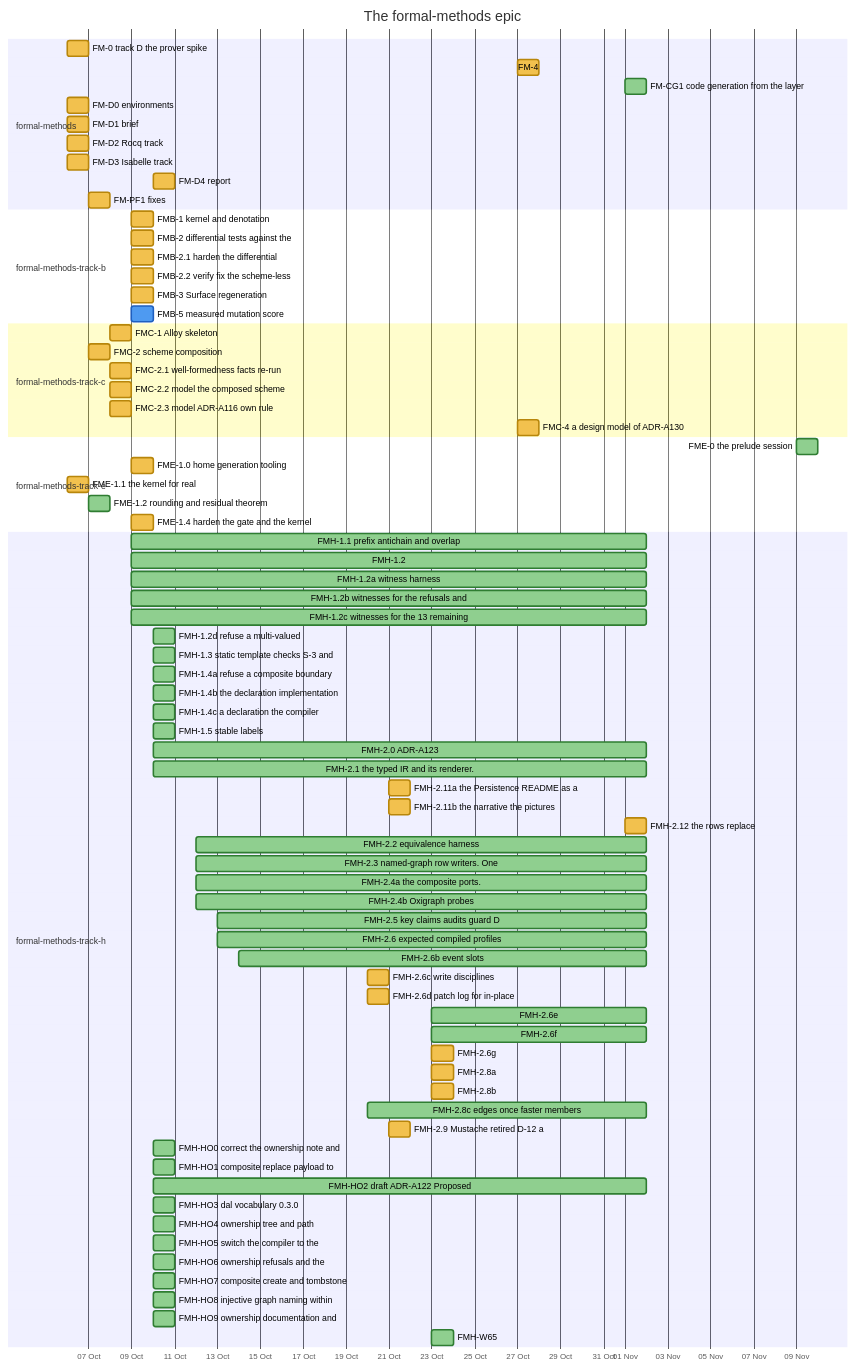
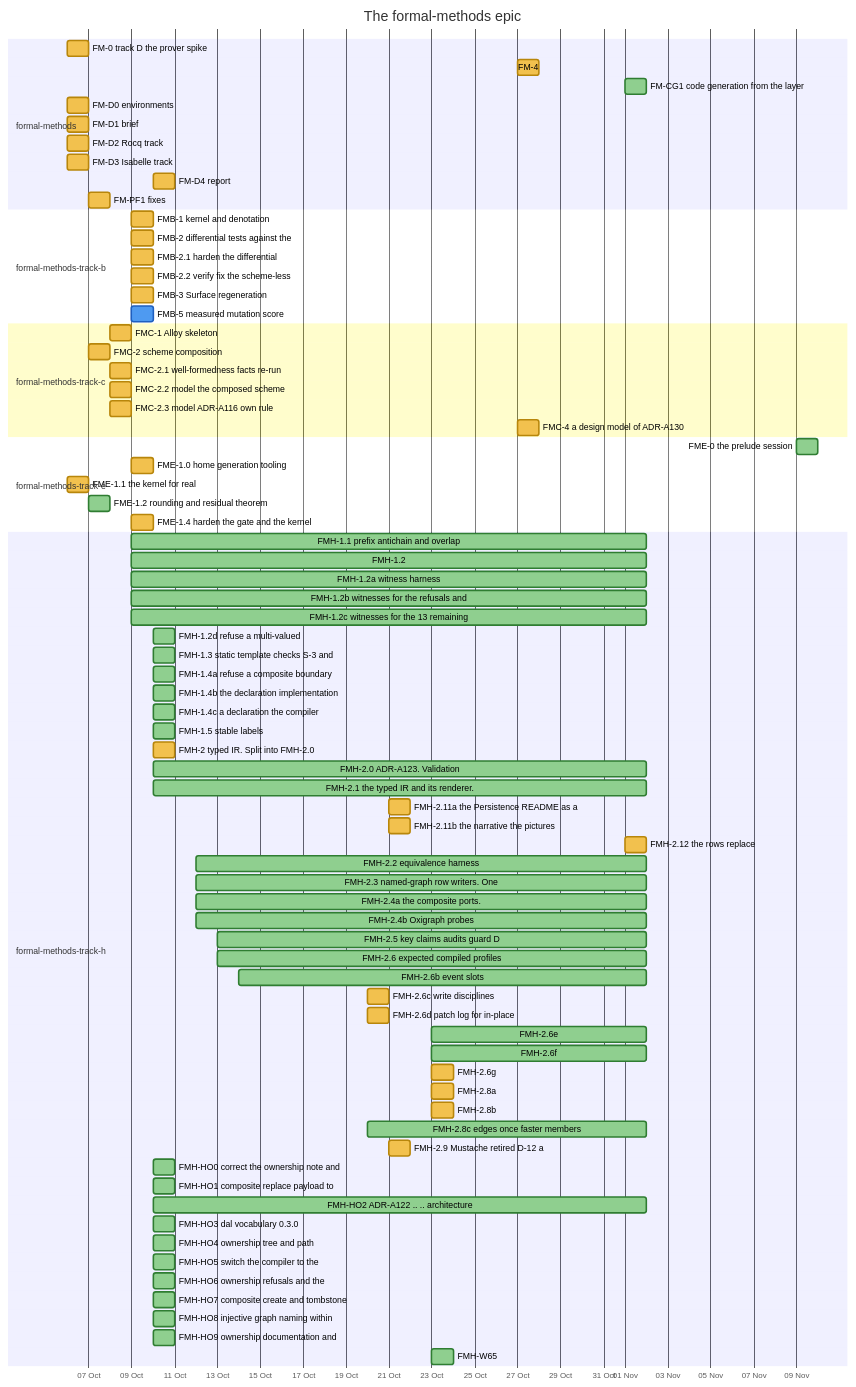
Before and after one commit to nebularis/lattice: the third of 32 diagrams in docs/developer/ROADMAP.md, drawn with Mermaid. The commit also changed other lines of this file, not shown here.

First line of the commit message:
[studio-visual-authoring] Refresh the roadmap's generated sections after SVA-P1b

````diff
--- a/docs/developer/ROADMAP.md
+++ b/docs/developer/ROADMAP.md
@@ -115,81 +115,82 @@
 ```mermaid
 %%{init: {"themeVariables": {"taskBkgColor": "#f2c14e", "taskBorderColor": "#b8860b", "taskTextColor": "#000000", "activeTaskBkgColor": "#4e9af1", "activeTaskBorderColor": "#1f5fbf", "activeTaskBorderColor": "#1f5fbf", "doneTaskBkgColor": "#8fcf8f", "doneTaskBorderColor": "#2f7d32", "critBkgColor": "#f28b82", "critBorderColor": "#b23a30", "taskTextDarkColor": "#000000", "taskTextLightColor": "#000000"}}}%%
 gantt
     title The formal-methods epic
     dateFormat YYYY-MM-DD
     axisFormat %d %b
     section formal-methods
     FM-0 track D the prover spike :fm0, 2026-10-06, 2026-10-07
     FM-4 :fm4, 2026-10-27, 2026-10-28
     FM-CG1 code generation from the layer :done, fmcg1, 2026-11-01, 2026-11-02
     FM-D0 environments :fmd0, 2026-10-06, 2026-10-07
     FM-D1 brief :fmd1, 2026-10-06, 2026-10-07
     FM-D2 Rocq track :fmd2, 2026-10-06, 2026-10-07
     FM-D3 Isabelle track :fmd3, 2026-10-06, 2026-10-07
     FM-D4 report :fmd4, 2026-10-10, 2026-10-11
     FM-PF1 fixes :fmpf1, 2026-10-07, 2026-10-08
     section formal-methods-track-b
     FMB-1 kernel and denotation :fmb1, 2026-10-09, 2026-10-10
     FMB-2 differential tests against the :fmb2, 2026-10-09, 2026-10-10
     FMB-2.1 harden the differential :fmb21, 2026-10-09, 2026-10-10
     FMB-2.2 verify fix the scheme-less :fmb22, 2026-10-09, 2026-10-10
     FMB-3 Surface regeneration :fmb3, 2026-10-09, 2026-10-10
     FMB-5 measured mutation score :active, fmb5, 2026-10-09, 2026-10-10
     section formal-methods-track-c
     FMC-1 Alloy skeleton :fmc1, 2026-10-08, 2026-10-09
     FMC-2 scheme composition :fmc2, 2026-10-07, 2026-10-08
     FMC-2.1 well-formedness facts re-run :fmc21, 2026-10-08, 2026-10-09
     FMC-2.2 model the composed scheme :fmc22, 2026-10-08, 2026-10-09
     FMC-2.3 model ADR-A116 own rule :fmc23, 2026-10-08, 2026-10-09
     FMC-4 a design model of ADR-A130 :fmc4, 2026-10-27, 2026-10-28
     section formal-methods-track-e
     FME-0 the prelude session :done, fme0, 2026-11-09, 2026-11-10
     FME-1.0 home generation tooling :fme10, 2026-10-09, 2026-10-10
     FME-1.1 the kernel for real :fme11, 2026-10-06, 2026-10-07
     FME-1.2 rounding and residual theorem :done, fme12, 2026-10-07, 2026-10-08
     FME-1.4 harden the gate and the kernel :fme14, 2026-10-09, 2026-10-10
     section formal-methods-track-h
     FMH-1.1 prefix antichain and overlap :done, fmh11, 2026-10-09, 2026-11-02
     FMH-1.2 :done, fmh12, 2026-10-09, 2026-11-02
     FMH-1.2a witness harness :done, fmh12a, 2026-10-09, 2026-11-02
     FMH-1.2b witnesses for the refusals and :done, fmh12b, 2026-10-09, 2026-11-02
     FMH-1.2c witnesses for the 13 remaining :done, fmh12c, 2026-10-09, 2026-11-02
     FMH-1.2d refuse a multi-valued :done, fmh12d, 2026-10-10, 2026-10-11
     FMH-1.3 static template checks S-3 and :done, fmh13, 2026-10-10, 2026-10-11
     FMH-1.4a refuse a composite boundary :done, fmh14a, 2026-10-10, 2026-10-11
     FMH-1.4b the declaration implementation :done, fmh14b, 2026-10-10, 2026-10-11
     FMH-1.4c a declaration the compiler :done, fmh14c, 2026-10-10, 2026-10-11
     FMH-1.5 stable labels :done, fmh15, 2026-10-10, 2026-10-11
-    FMH-2.0 ADR-A123 :done, fmh20, 2026-10-10, 2026-11-02
+    FMH-2 typed IR. Split into FMH-2.0 :fmh2, 2026-10-10, 2026-10-11
+    FMH-2.0 ADR-A123. Validation :done, fmh20, 2026-10-10, 2026-11-02
     FMH-2.1 the typed IR and its renderer. :done, fmh21, 2026-10-10, 2026-11-02
     FMH-2.11a the Persistence README as a :fmh211a, 2026-10-21, 2026-10-22
     FMH-2.11b the narrative the pictures :fmh211b, 2026-10-21, 2026-10-22
     FMH-2.12 the rows replace :fmh212, 2026-11-01, 2026-11-02
     FMH-2.2 equivalence harness :done, fmh22, 2026-10-12, 2026-11-02
     FMH-2.3 named-graph row writers. One :done, fmh23, 2026-10-12, 2026-11-02
     FMH-2.4a the composite ports. :done, fmh24a, 2026-10-12, 2026-11-02
     FMH-2.4b Oxigraph probes :done, fmh24b, 2026-10-12, 2026-11-02
     FMH-2.5 key claims audits guard D :done, fmh25, 2026-10-13, 2026-11-02
     FMH-2.6 expected compiled profiles :done, fmh26, 2026-10-13, 2026-11-02
     FMH-2.6b event slots :done, fmh26b, 2026-10-14, 2026-11-02
     FMH-2.6c write disciplines :fmh26c, 2026-10-20, 2026-10-21
     FMH-2.6d patch log for in-place :fmh26d, 2026-10-20, 2026-10-21
     FMH-2.6e :done, fmh26e, 2026-10-23, 2026-11-02
     FMH-2.6f :done, fmh26f, 2026-10-23, 2026-11-02
     FMH-2.6g :fmh26g, 2026-10-23, 2026-10-24
     FMH-2.8a :fmh28a, 2026-10-23, 2026-10-24
     FMH-2.8b :fmh28b, 2026-10-23, 2026-10-24
     FMH-2.8c edges once faster members :done, fmh28c, 2026-10-20, 2026-11-02
     FMH-2.9 Mustache retired D-12 a :fmh29, 2026-10-21, 2026-10-22
     FMH-HO0 correct the ownership note and :done, fmhho0, 2026-10-10, 2026-10-11
     FMH-HO1 composite replace payload to :done, fmhho1, 2026-10-10, 2026-10-11
-    FMH-HO2 draft ADR-A122 Proposed :done, fmhho2, 2026-10-10, 2026-11-02
+    FMH-HO2 ADR-A122 .. .. architecture :done, fmhho2, 2026-10-10, 2026-11-02
     FMH-HO3 dal vocabulary 0.3.0 :done, fmhho3, 2026-10-10, 2026-10-11
     FMH-HO4 ownership tree and path :done, fmhho4, 2026-10-10, 2026-10-11
     FMH-HO5 switch the compiler to the :done, fmhho5, 2026-10-10, 2026-10-11
     FMH-HO6 ownership refusals and the :done, fmhho6, 2026-10-10, 2026-10-11
     FMH-HO7 composite create and tombstone :done, fmhho7, 2026-10-10, 2026-10-11
     FMH-HO8 injective graph naming within :done, fmhho8, 2026-10-10, 2026-10-11
     FMH-HO9 ownership documentation and :done, fmhho9, 2026-10-10, 2026-10-11
     FMH-W65 :done, fmhw65, 2026-10-23, 2026-10-24
 ```
````
